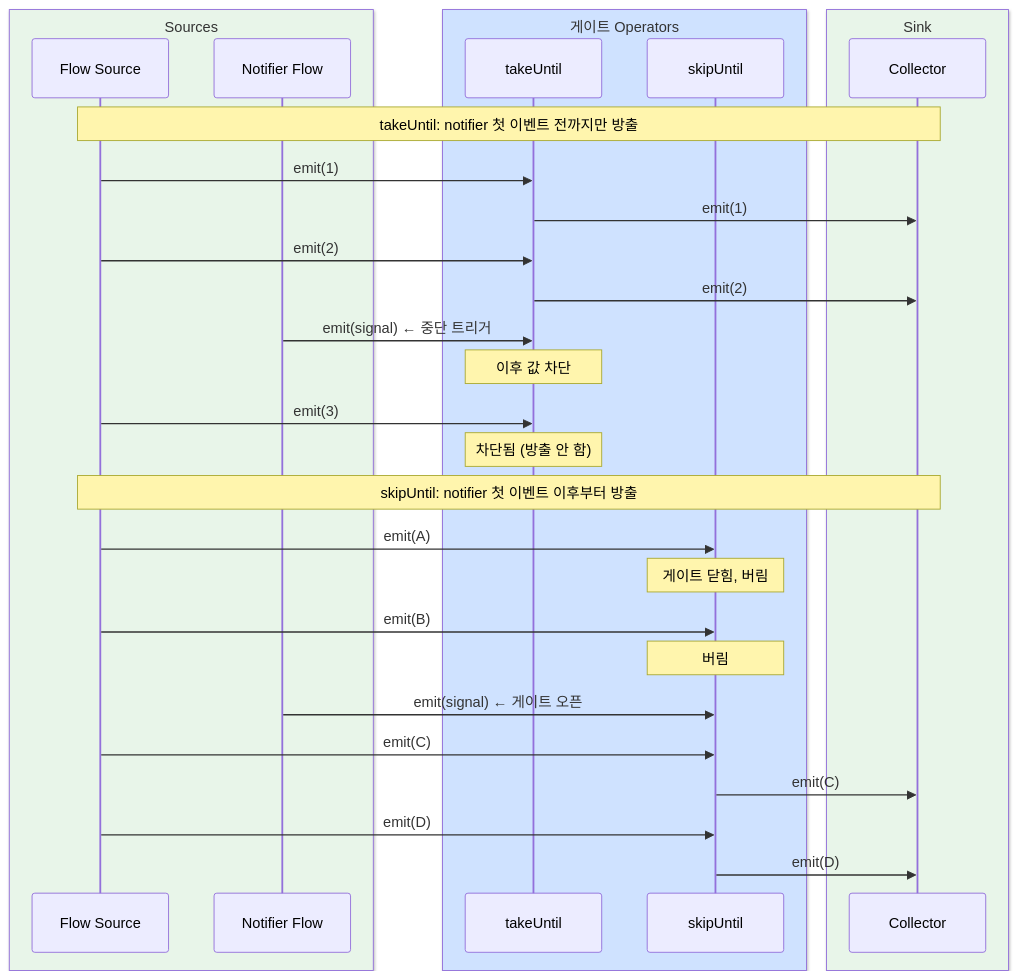
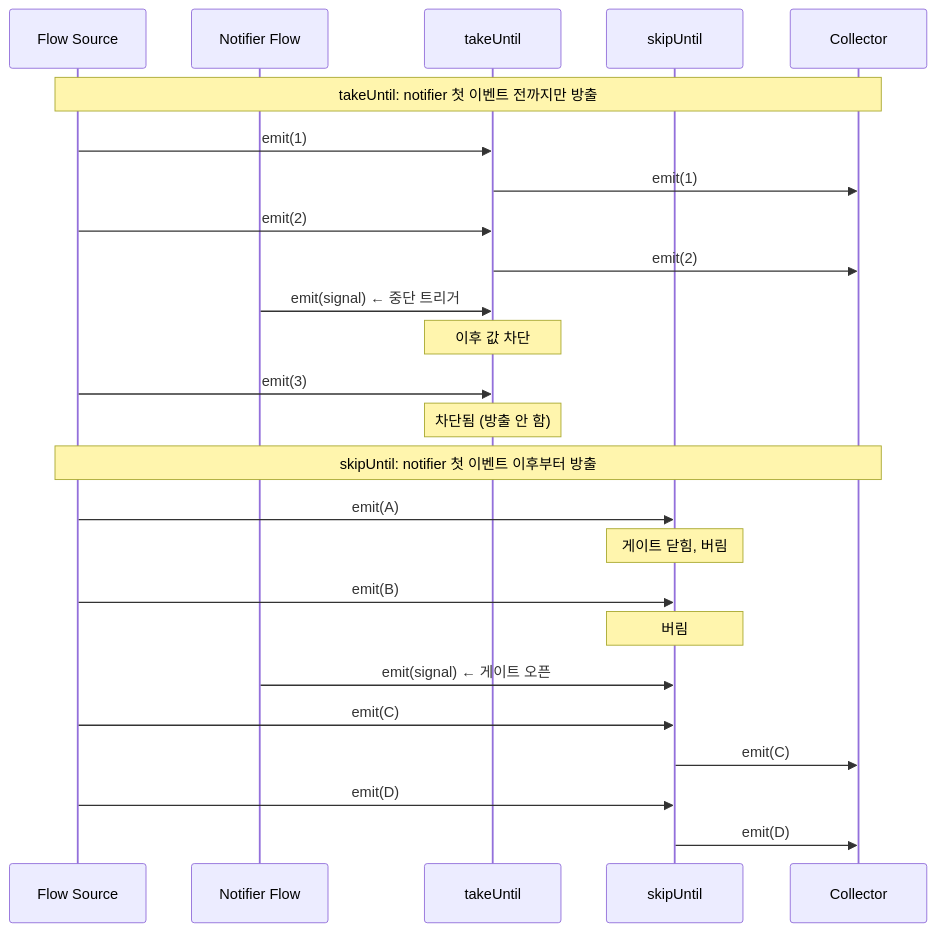
One commit to bluetape4k/bluetape4k-projects changed diagram 12 of 16 in bluetape4k/coroutines/README.ko.md. Above: the diagram before and after it, drawn with Mermaid. The commit also changed other lines of this file and 219 other files, not shown here.

First line of the commit message:
docs: 전체 README Mermaid 다이어그램 가이드 적용

````diff
--- a/bluetape4k/coroutines/README.ko.md
+++ b/bluetape4k/coroutines/README.ko.md
@@ -595,33 +551,27 @@
 ```mermaid
 sequenceDiagram
-    box rgb(232, 245, 233) Sources
         participant S as Flow Source
         participant N as Notifier Flow
-    end
-    box rgb(207, 226, 255) 게이트 Operators
         participant TU as takeUntil
         participant SU as skipUntil
-    end
-    box rgb(232, 245, 233) Sink
         participant R as Collector
-    end
     Note over S, R: takeUntil: notifier 첫 이벤트 전까지만 방출
     S ->> TU: emit(1)
     TU ->> R: emit(1)
     S ->> TU: emit(2)
     TU ->> R: emit(2)
     N ->> TU: emit(signal) ← 중단 트리거
     Note over TU: 이후 값 차단
     S ->> TU: emit(3)
     Note over TU: 차단됨 (방출 안 함)
     Note over S, R: skipUntil: notifier 첫 이벤트 이후부터 방출
     S ->> SU: emit(A)
     Note over SU: 게이트 닫힘, 버림
     S ->> SU: emit(B)
     Note over SU: 버림
     N ->> SU: emit(signal) ← 게이트 오픈
     S ->> SU: emit(C)
     SU ->> R: emit(C)
     S ->> SU: emit(D)
     SU ->> R: emit(D)
 ```
````
